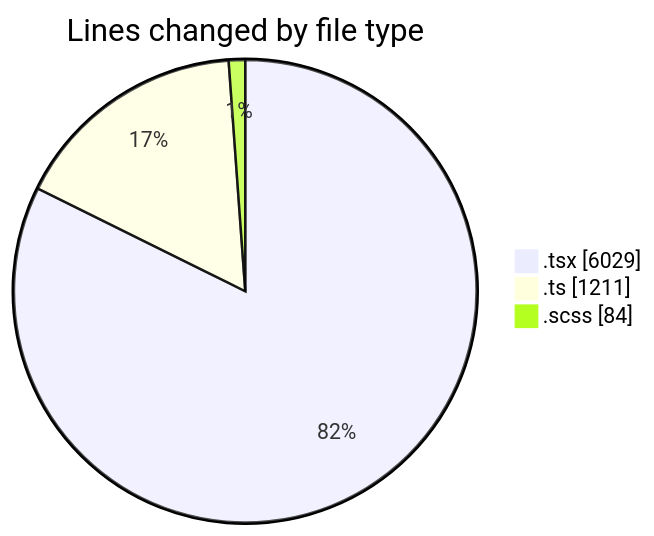
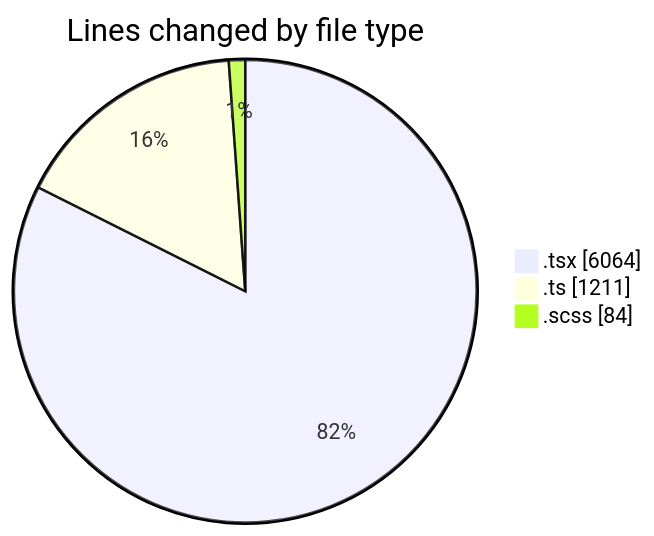
The first of 2 diagrams in 2025-07-02/cda/README.md (momahboobian/code-tracking), drawn with Mermaid before and after one commit. The commit also changed other lines of this file and 1 other file, not shown here.

````diff
--- a/2025-07-02/cda/README.md
+++ b/2025-07-02/cda/README.md
@@ -37,7 +37,7 @@
 ```mermaid
 pie showData
 title Lines changed by file type
-".tsx" : 6029
+".tsx" : 6064
 ".ts" : 1211
 ".scss" : 84
 ```
````
